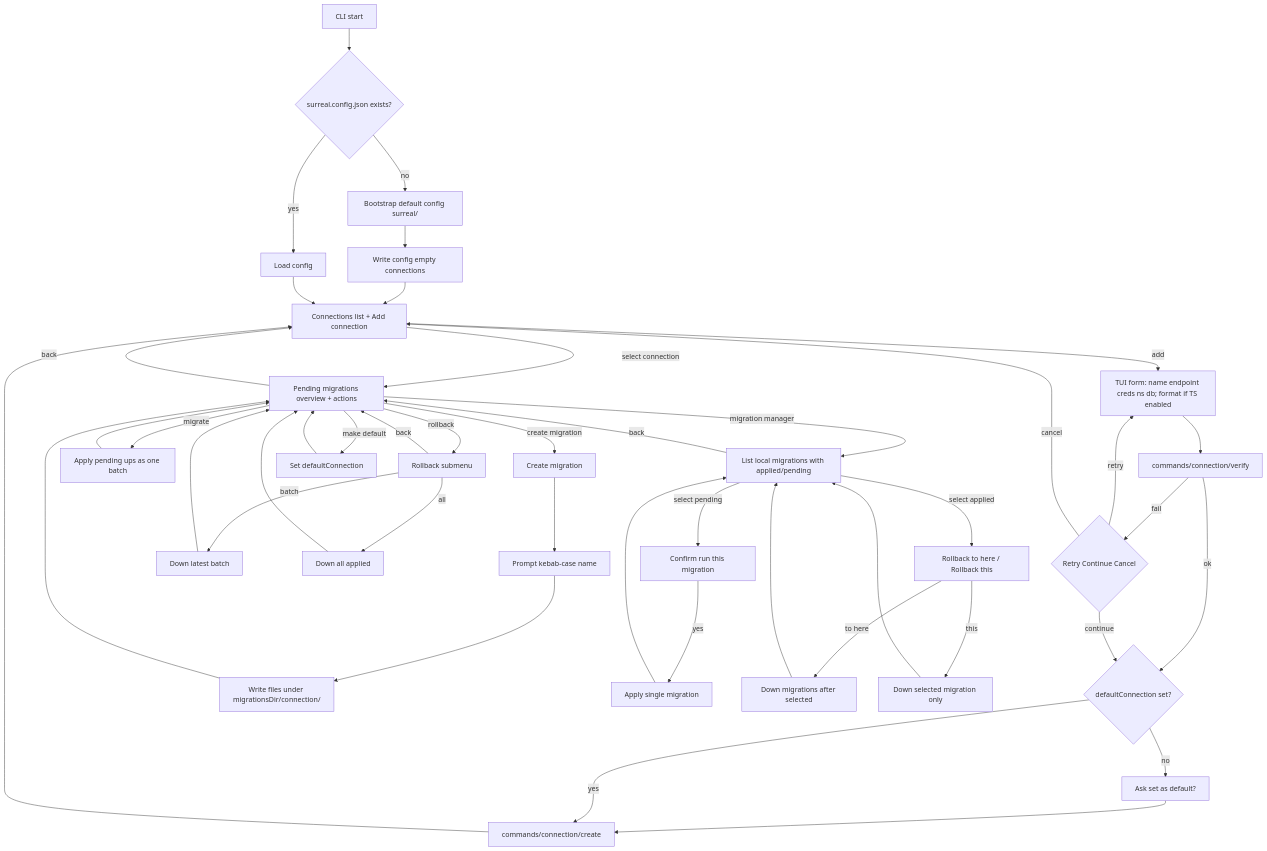
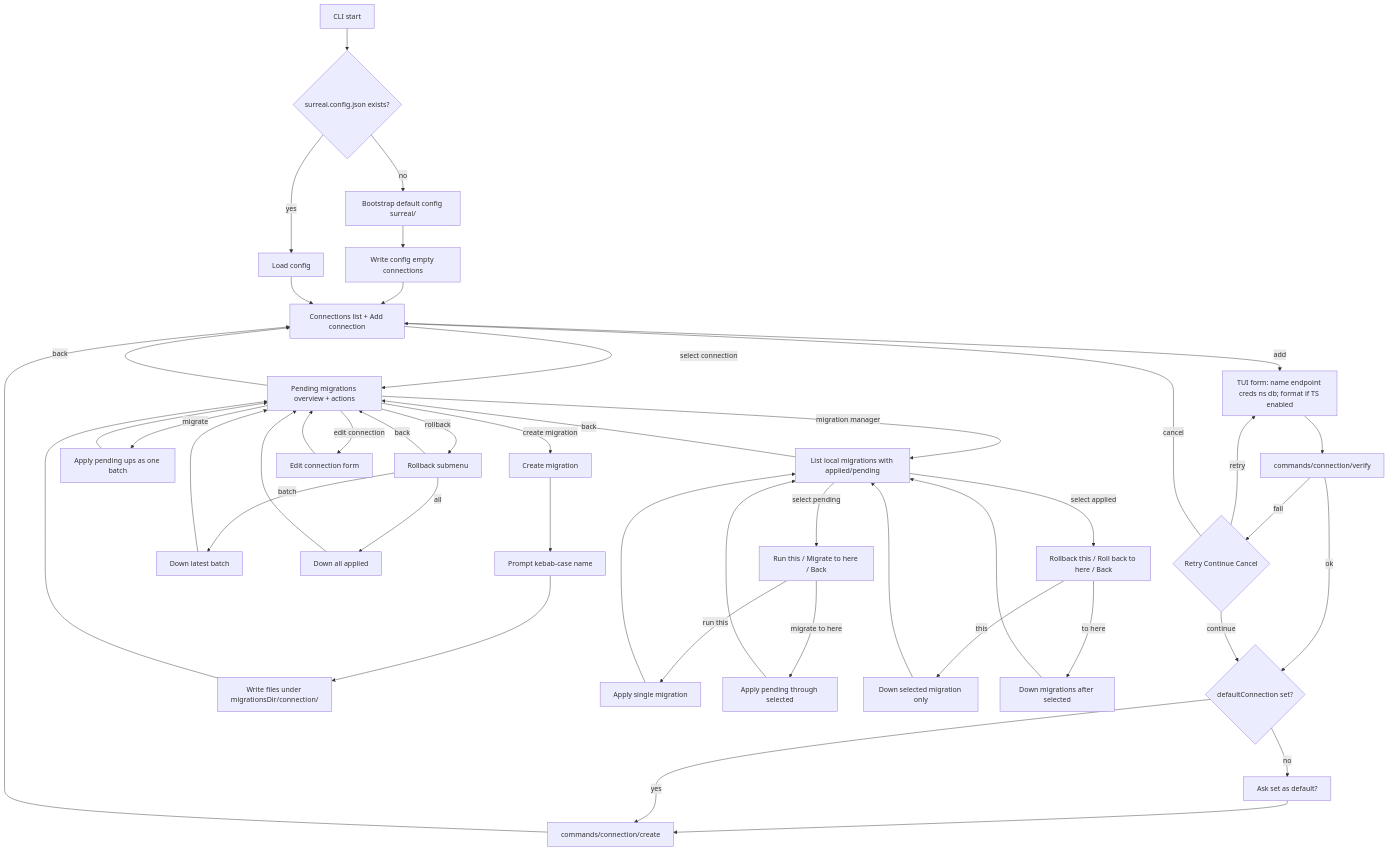
One commit to sneakylenny/surreal-migrator changed the diagram in docs/flow.md. Above: the diagram before and after it, drawn with Mermaid. The commit also changed 7 other files, not shown here.

````diff
--- a/docs/flow.md
+++ b/docs/flow.md
@@ -3,46 +3,48 @@
 ```mermaid
 flowchart TD
   start[CLI start] --> hasConfig{surreal.config.json exists?}
   hasConfig -->|no| setup[Bootstrap default config surreal/]
   setup --> saveConfig["Write config empty connections"]
   hasConfig -->|yes| loadConfig[Load config]
   saveConfig --> connectionsMenu
   loadConfig --> connectionsMenu[Connections list + Add connection]
   connectionsMenu -->|select connection| connectionMenu[Pending migrations overview + actions]
   connectionsMenu -->|add| addConn["TUI form: name endpoint creds ns db; format if TS enabled"]
   addConn --> verify[commands/connection/verify]
   verify -->|ok| askDefault{defaultConnection set?}
   verify -->|fail| retryOrContinue{Retry Continue Cancel}
   retryOrContinue -->|retry| addConn
   retryOrContinue -->|continue| askDefault
   retryOrContinue -->|cancel| connectionsMenu
   askDefault -->|no| makeDefault["Ask set as default?"]
   makeDefault --> createCmd[commands/connection/create]
   askDefault -->|yes| createCmd
   createCmd --> connectionsMenu
   connectionMenu -->|create migration| createMig[Create migration]
   createMig --> namePrompt["Prompt kebab-case name"]
   namePrompt --> writeFiles["Write files under migrationsDir/connection/"]
   writeFiles --> connectionMenu
   connectionMenu -->|migrate| migrateUp["Apply pending ups as one batch"]
   connectionMenu -->|rollback| rollbackMenu[Rollback submenu]
   rollbackMenu -->|batch| rollbackBatch["Down latest batch"]
   rollbackMenu -->|all| rollbackAll["Down all applied"]
   rollbackMenu -->|back| connectionMenu
   connectionMenu -->|migration manager| managerList["List local migrations with applied/pending"]
-  managerList -->|select pending| confirmRun["Confirm run this migration"]
-  confirmRun -->|yes| migrateOne["Apply single migration"]
-  managerList -->|select applied| appliedMenu["Rollback to here / Rollback this"]
+  managerList -->|select pending| pendingMenu["Run this / Migrate to here / Back"]
+  pendingMenu -->|run this| migrateOne["Apply single migration"]
+  pendingMenu -->|migrate to here| migrateThrough["Apply pending through selected"]
+  managerList -->|select applied| appliedMenu["Rollback this / Roll back to here / Back"]
+  appliedMenu -->|this| rollbackOne["Down selected migration only"]
   appliedMenu -->|to here| rollbackAfter["Down migrations after selected"]
-  appliedMenu -->|this| rollbackOne["Down selected migration only"]
   migrateUp --> connectionMenu
   rollbackBatch --> connectionMenu
   rollbackAll --> connectionMenu
   migrateOne --> managerList
+  migrateThrough --> managerList
   rollbackAfter --> managerList
   rollbackOne --> managerList
   managerList -->|back| connectionMenu
-  connectionMenu -->|make default| setDefaultFromMenu[Set defaultConnection]
-  setDefaultFromMenu --> connectionMenu
+  connectionMenu -->|edit connection| editConn[Edit connection form]
+  editConn --> connectionMenu
   connectionMenu -->|back| connectionsMenu
 ```
````
